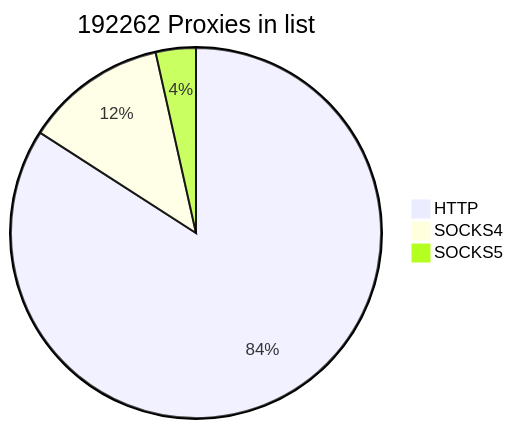
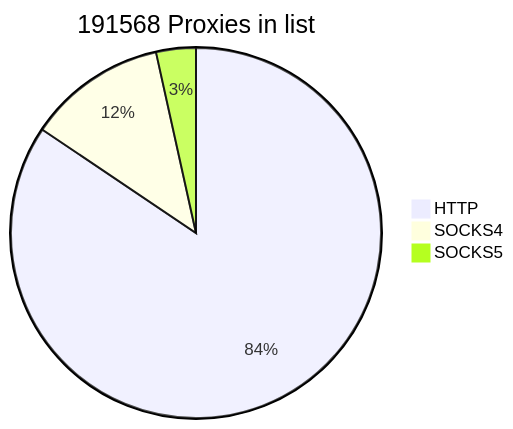
Before and after one commit to cutipu/proxylist: the first of 2 diagrams in README.md, drawn with Mermaid. The commit also changed other lines of this file, not shown here.

````diff
--- a/README.md
+++ b/README.md
@@ -2,7 +2,7 @@
 ```mermaid
-pie title 192262 Proxies in list
-    "HTTP" : 161691
-    "SOCKS4" : 23836
-    "SOCKS5" : 6735
+pie title 191568 Proxies in list
+    "HTTP" : 161728
+    "SOCKS4" : 23199
+    "SOCKS5" : 6641
             
 ```
````
